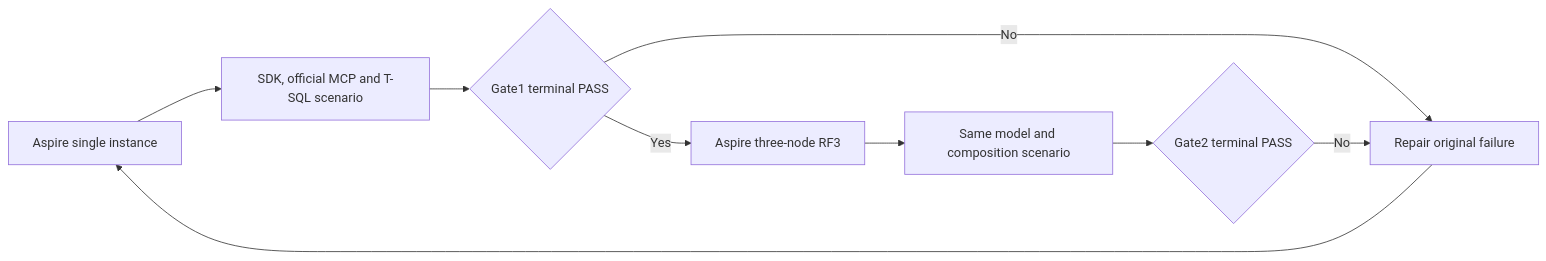
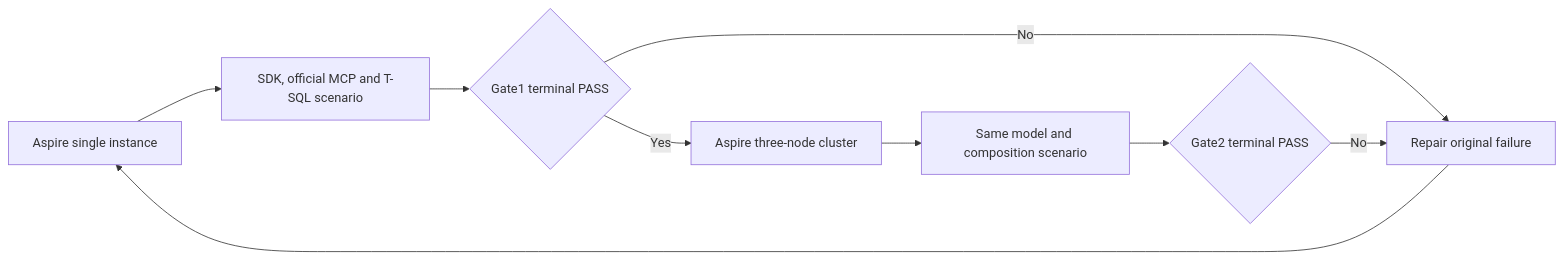
One commit to managedcode/KeyLoad changed the diagram in docs/Features/DatabaseComposition/FunctionalDatabaseGates.md. Above: the diagram before and after it, drawn with Mermaid. The commit also changed other lines of this file and 7356 other files, not shown here.

````diff
--- a/docs/Features/DatabaseComposition/FunctionalDatabaseGates.md
+++ b/docs/Features/DatabaseComposition/FunctionalDatabaseGates.md
@@ -36,11 +26,11 @@
 ```mermaid
 flowchart LR
     A[Aspire single instance] --> B[SDK, official MCP and T-SQL scenario]
     B --> C{Gate1 terminal PASS}
-    C -->|Yes| D[Aspire three-node RF3]
+    C -->|Yes| D[Aspire three-node cluster]
     D --> E[Same model and composition scenario]
     E --> F{Gate2 terminal PASS}
     C -->|No| G[Repair original failure]
     F -->|No| G
     G --> A
 ```
````
